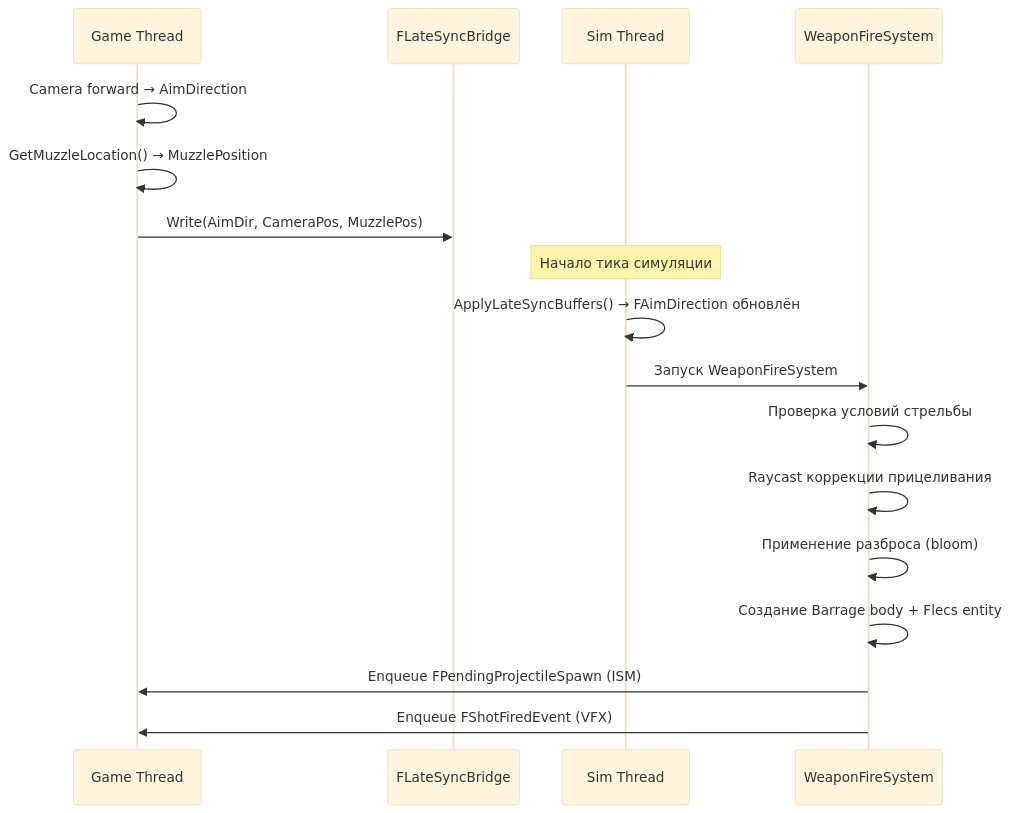
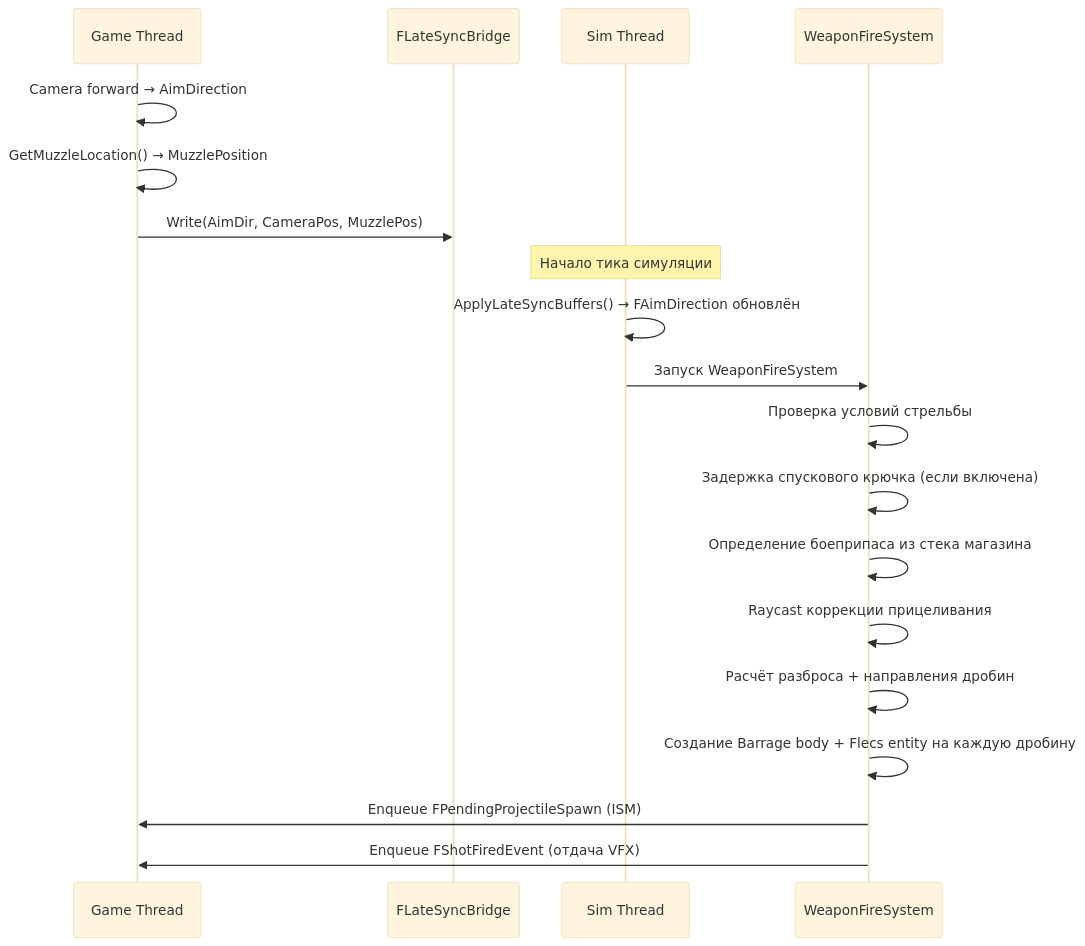
Before and after one commit to bluesteelll/FatumGame: the first of 2 diagrams in docs/systems/weapon-system.ru.md, drawn with Mermaid (base theme). The commit also changed other lines of this file and 16 other files, not shown here.

````diff
--- a/docs/systems/weapon-system.ru.md
+++ b/docs/systems/weapon-system.ru.md
@@ -64,20 +107,22 @@
 ```mermaid
 sequenceDiagram
     participant GT as Game Thread
     participant Bridge as FLateSyncBridge
     participant ST as Sim Thread
     participant WFS as WeaponFireSystem
 
     GT->>GT: Camera forward → AimDirection
     GT->>GT: GetMuzzleLocation() → MuzzlePosition
     GT->>Bridge: Write(AimDir, CameraPos, MuzzlePos)
     Note over ST: Начало тика симуляции
     ST->>ST: ApplyLateSyncBuffers() → FAimDirection обновлён
     ST->>WFS: Запуск WeaponFireSystem
     WFS->>WFS: Проверка условий стрельбы
+    WFS->>WFS: Задержка спускового крючка (если включена)
+    WFS->>WFS: Определение боеприпаса из стека магазина
     WFS->>WFS: Raycast коррекции прицеливания
-    WFS->>WFS: Применение разброса (bloom)
-    WFS->>WFS: Создание Barrage body + Flecs entity
+    WFS->>WFS: Расчёт разброса + направления дробин
+    WFS->>WFS: Создание Barrage body + Flecs entity на каждую дробину
     WFS->>GT: Enqueue FPendingProjectileSpawn (ISM)
-    WFS->>GT: Enqueue FShotFiredEvent (VFX)
+    WFS->>GT: Enqueue FShotFiredEvent (отдача VFX)
 ```
````
